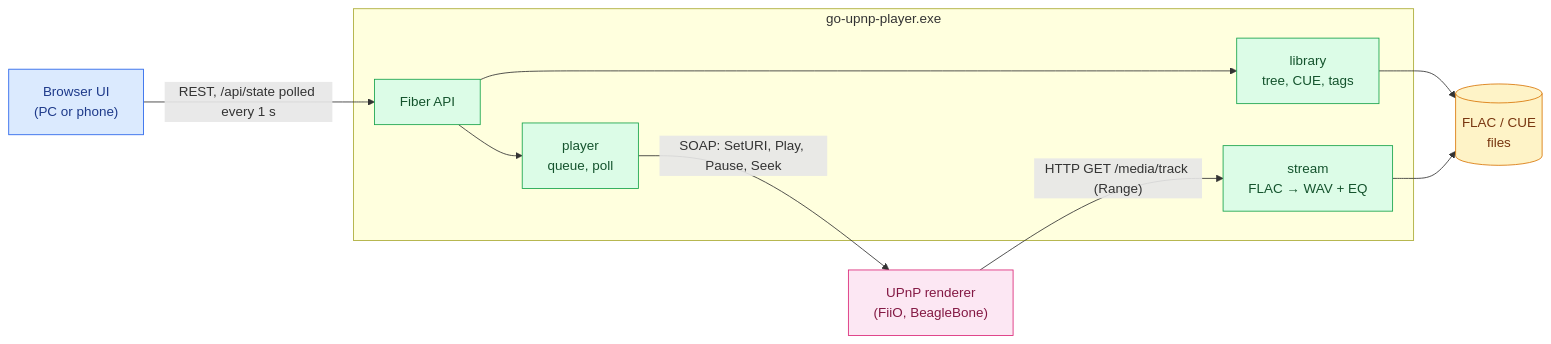
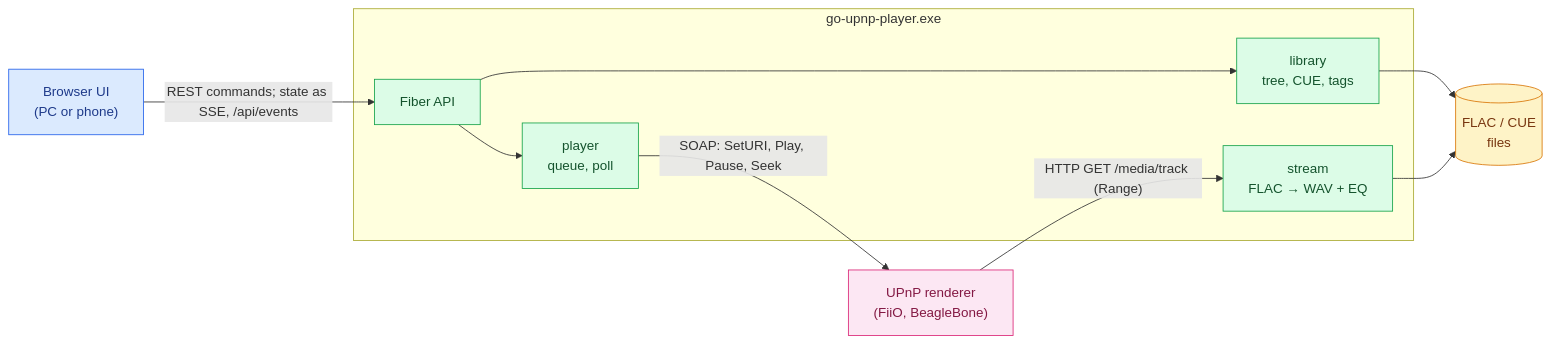
The diagram in docs/go-upnp-player-sad.md (panedrone/go-upnp-player), drawn with Mermaid before and after one commit. The commit also changed other lines of this file and 22 other files, not shown here.

````diff
--- a/docs/go-upnp-player-sad.md
+++ b/docs/go-upnp-player-sad.md
@@ -12,29 +12,29 @@
 ```mermaid
 flowchart LR
     UI["Browser UI<br/>(PC or phone)"]
     subgraph APP["go-upnp-player.exe"]
         API["Fiber API"]
         PL["player<br/>queue, poll"]
         LIB["library<br/>tree, CUE, tags"]
         ST["stream<br/>FLAC → WAV + EQ"]
     end
     FILES[("FLAC / CUE<br/>files")]
     R["UPnP renderer<br/>(FiiO, BeagleBone)"]
 
-    UI -- "REST, /api/state polled every 1 s" --> API
+    UI -- "REST commands; state as SSE, /api/events" --> API
     API --> PL
     API --> LIB
     LIB --> FILES
     ST --> FILES
     PL -- "SOAP: SetURI, Play, Pause, Seek" --> R
     R -- "HTTP GET /media/track (Range)" --> ST
 
     classDef ui fill:#dbeafe,stroke:#2563eb,color:#1e3a8a
     classDef app fill:#dcfce7,stroke:#16a34a,color:#14532d
     classDef data fill:#fef3c7,stroke:#d97706,color:#78350f
     classDef dev fill:#fce7f3,stroke:#db2777,color:#831843
     class UI ui
     class API,PL,LIB,ST app
     class FILES data
     class R dev
 ```
````
